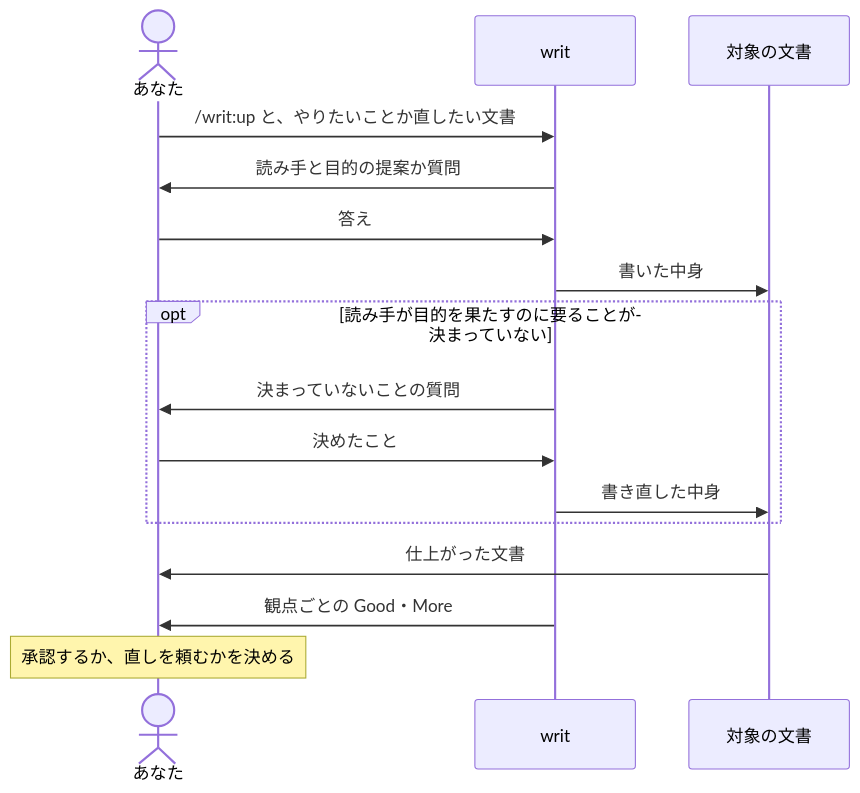
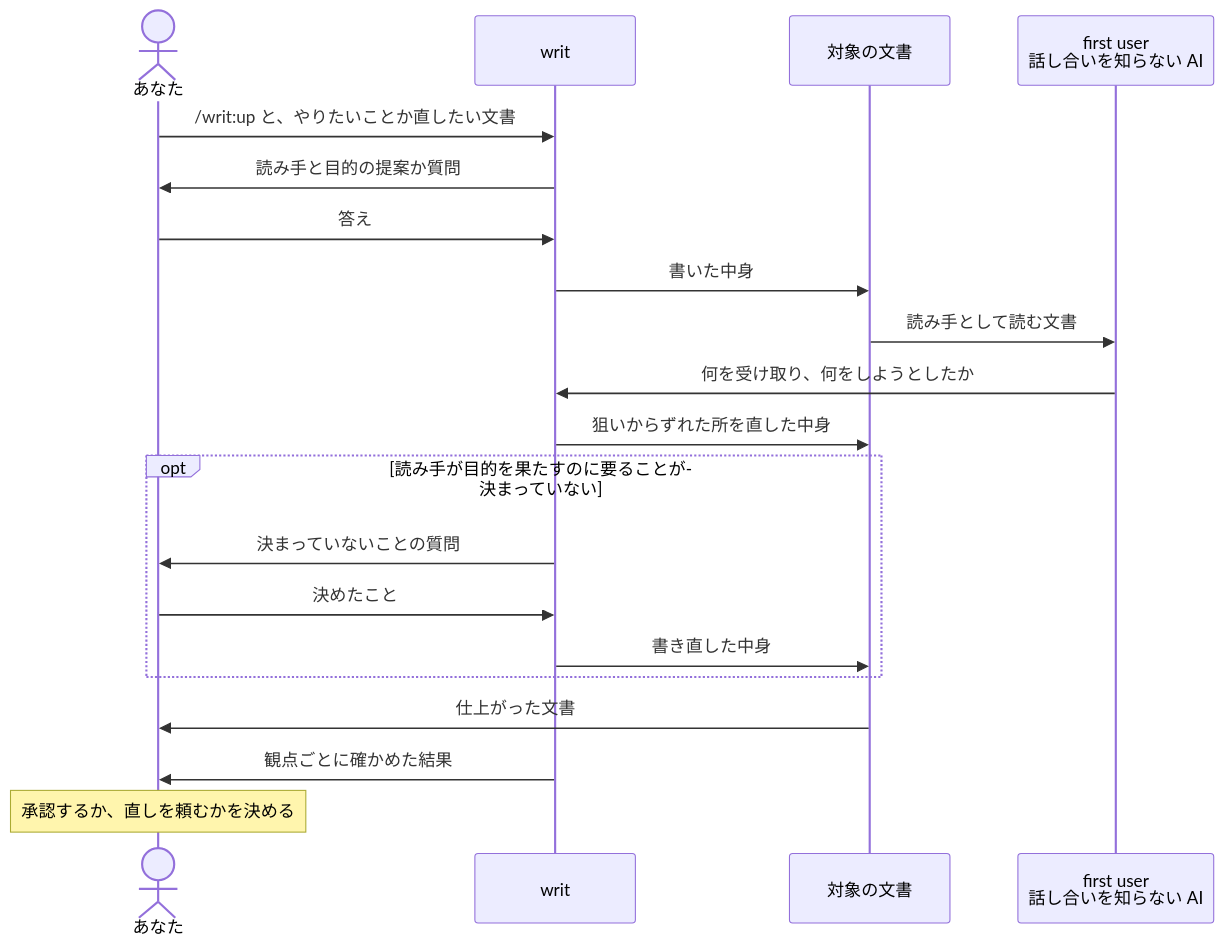
Before and after one commit to lovaizu/ccpm: the diagram in writ/README.md, drawn with Mermaid. The commit also changed other lines of this file and 1 other file, not shown here.

First line of the commit message:
docs(writ): fix the README and design by the new first users' reports

````diff
--- a/writ/README.md
+++ b/writ/README.md
@@ -19,18 +19,22 @@
 ```mermaid
 sequenceDiagram
   actor Y as あなた
   participant W as writ
   participant F as 対象の文書
+  participant U as first user<br/>話し合いを知らない AI
   Y->>W: /writ:up と、やりたいことか直したい文書
   W->>Y: 読み手と目的の提案か質問
   Y->>W: 答え
   W->>F: 書いた中身
+  F->>U: 読み手として読む文書
+  U->>W: 何を受け取り、何をしようとしたか
+  W->>F: 狙いからずれた所を直した中身
   opt 読み手が目的を果たすのに要ることが決まっていない
     W->>Y: 決まっていないことの質問
     Y->>W: 決めたこと
     W->>F: 書き直した中身
   end
   F->>Y: 仕上がった文書
-  W->>Y: 観点ごとの Good・More
+  W->>Y: 観点ごとに確かめた結果
   Note over Y: 承認するか、直しを頼むかを決める
 ```
````
